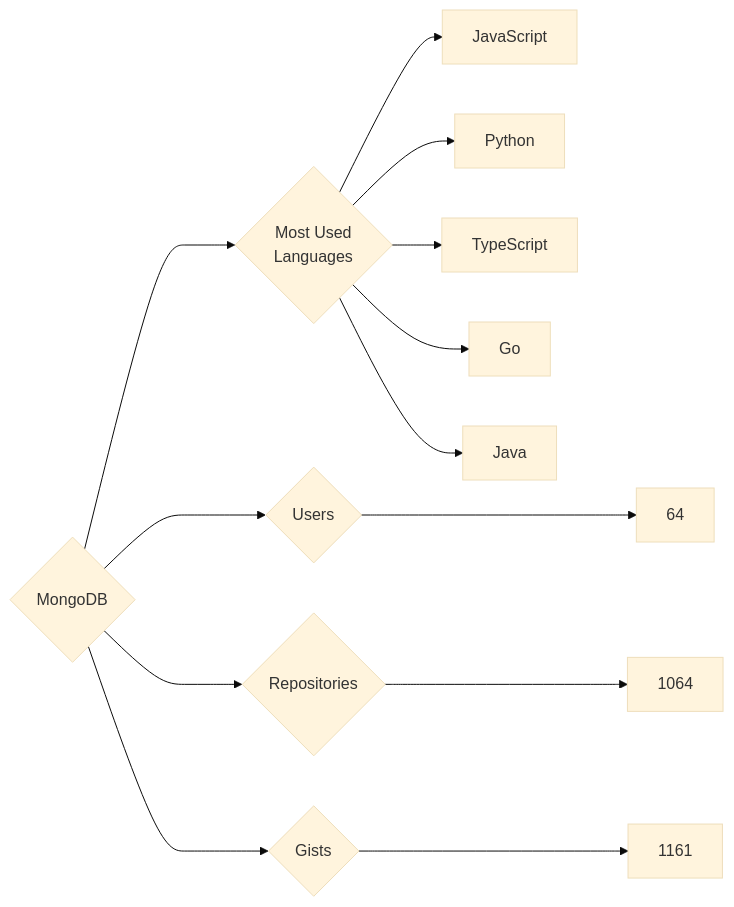
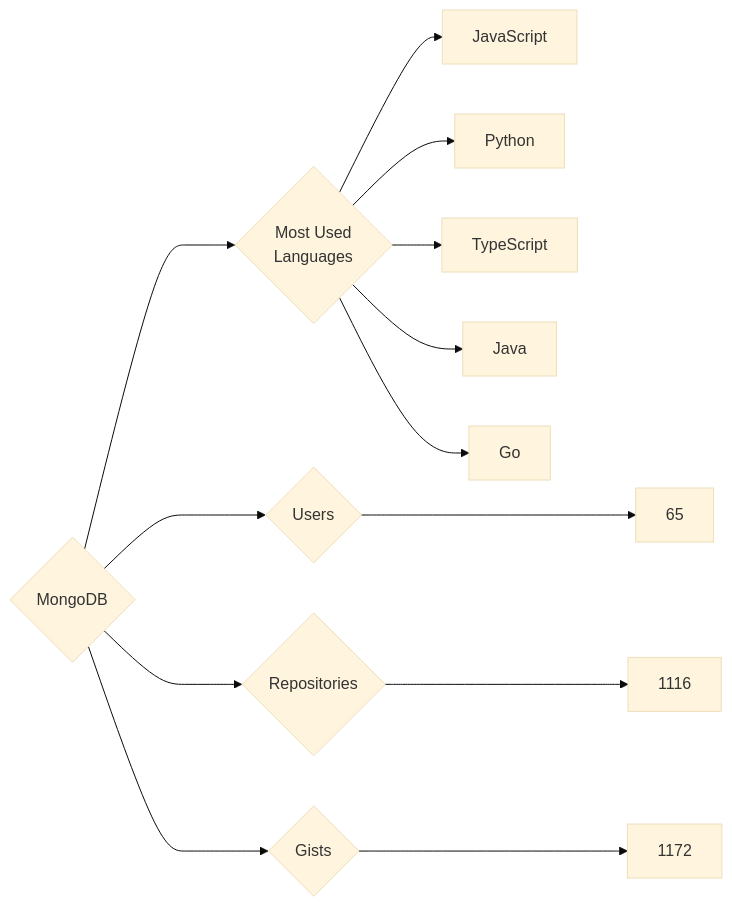
One commit to trickest/insiders changed the diagram in targets/MongoDB/README.md. Above: the diagram before and after it, drawn with Mermaid (base theme). The commit also changed 877 other files, not shown here.

````diff
--- a/targets/MongoDB/README.md
+++ b/targets/MongoDB/README.md
@@ -3,13 +3,13 @@
 ```mermaid
 graph LR
 COMPANY_NAME{MongoDB}
-COMPANY_NAME ---> U{Users} ---> UN[64]
-COMPANY_NAME ---> R{Repositories} ---> RN[1064]
-COMPANY_NAME ---> G{Gists} ---> GN[1161]
+COMPANY_NAME ---> U{Users} ---> UN[65]
+COMPANY_NAME ---> R{Repositories} ---> RN[1116]
+COMPANY_NAME ---> G{Gists} ---> GN[1172]
 COMPANY_NAME ---> ML{Most Used<br>Languages}
 ML --> JavaScript[JavaScript]
 ML --> Python[Python]
 ML --> TypeScript[TypeScript]
+ML --> Java[Java]
 ML --> Go[Go]
-ML --> Java[Java]
 ```
````
